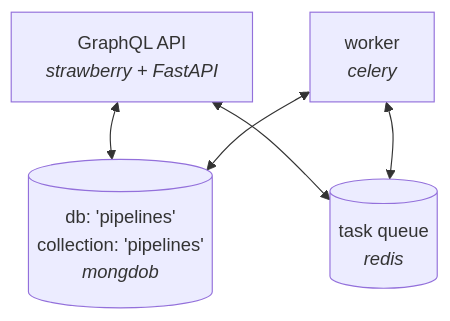
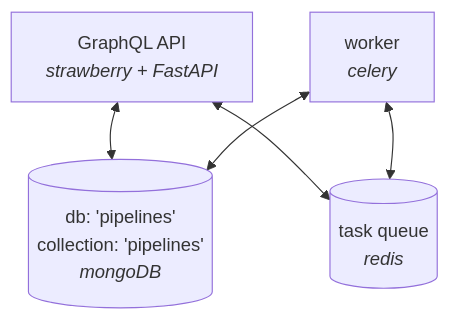
Before and after one commit to cellsignal/kedro-graphql: the diagram in README.md, drawn with Mermaid. The commit also changed other lines of this file, not shown here.

Commit message:
fixed typo in README

````diff
--- a/README.md
+++ b/README.md
@@ -28,13 +28,13 @@
 ```mermaid
 flowchart  TB
   api[GraphQL API<br/><i>strawberry + FastAPI</i>]
-  mongodb[(db: 'pipelines'<br/>collection: 'pipelines'<br/><i>mongdob</i>)]
+  mongodb[(db: 'pipelines'<br/>collection: 'pipelines'<br/><i>mongoDB</i>)]
   redis[(task queue<br/><i>redis</i>)]
   worker[worker<br/><i>celery</i>]
 
   api<-->mongodb
   api<-->redis
   worker<-->mongodb
   worker<-->redis
 
 ```
````
